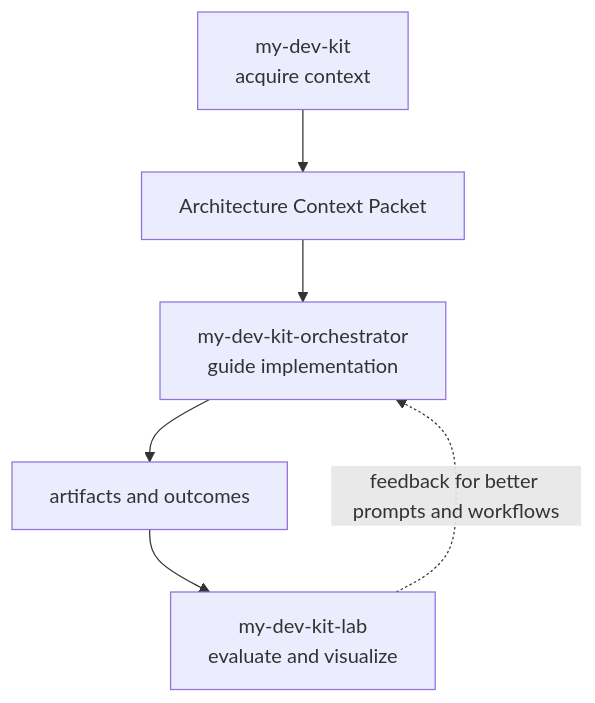
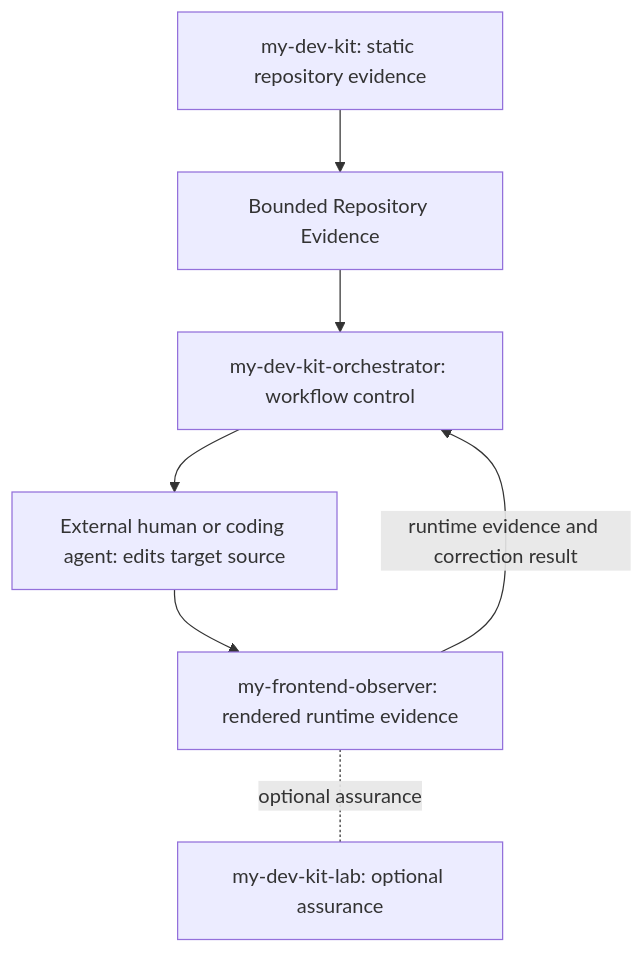
One commit to dailephd/my-website-2026 changed the fourth of 8 diagrams in docs/DIAGRAMS.md. Above: the diagram before and after it, drawn with Mermaid. The commit also changed 41 other files, not shown here.

````diff
--- a/docs/DIAGRAMS.md
+++ b/docs/DIAGRAMS.md
@@ -81,14 +81,13 @@
 ```mermaid
 flowchart TD
-  A["my-dev-kit
-  acquire context"]
-  Packet["Architecture Context Packet"]
-  B["my-dev-kit-orchestrator
-  guide implementation"]
-  Outcomes["artifacts and outcomes"]
-  C["my-dev-kit-lab
-  evaluate and visualize"]
+  Kit["my-dev-kit: static repository evidence"]
+  Evidence["Bounded Repository Evidence"]
+  Orchestrator["my-dev-kit-orchestrator: workflow control"]
+  Actor["External human or coding agent: edits target source"]
+  Observer["my-frontend-observer: rendered runtime evidence"]
+  Lab["my-dev-kit-lab: optional assurance"]
 
-  A --> Packet --> B --> Outcomes --> C
-  C -. feedback for better prompts and workflows .-> B
+  Kit --> Evidence --> Orchestrator --> Actor --> Observer
+  Observer -- runtime evidence and correction result --> Orchestrator
+  Observer -.-|optional assurance| Lab
 ```
````
